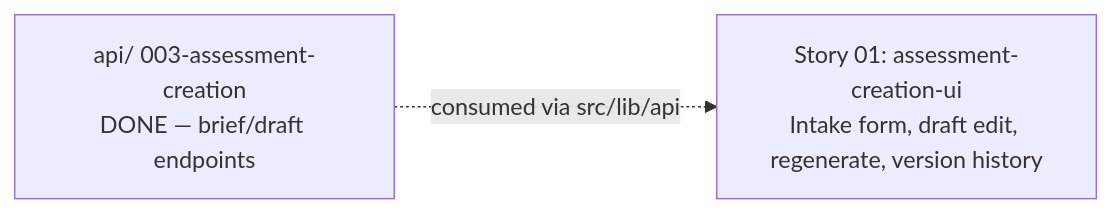
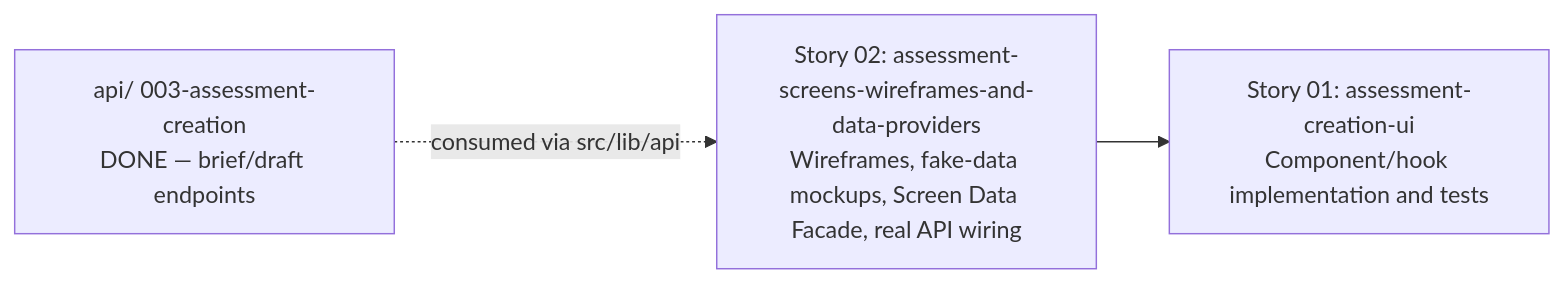
The diagram in web/.planning/active/001-assessment-creation/01-expansion.md (cmartinezs/grade-ops-ai), drawn with Mermaid before and after one commit. The commit also changed other lines of this file and 3 other files, not shown here.

First line of the commit message:
plan(web/001-assessment-creation): add story-02 for screen wireframes and data providers

````diff
--- a/web/.planning/active/001-assessment-creation/01-expansion.md
+++ b/web/.planning/active/001-assessment-creation/01-expansion.md
@@ -18,4 +19,5 @@
 ```mermaid
 flowchart LR
-    EXT[api/ 003-assessment-creation\nDONE — brief/draft endpoints] -.consumed via src/lib/api.-> S01[Story 01: assessment-creation-ui\nIntake form, draft edit, regenerate, version history]
+    EXT[api/ 003-assessment-creation\nDONE — brief/draft endpoints] -.consumed via src/lib/api.-> S02[Story 02: assessment-screens-wireframes-and-data-providers\nWireframes, fake-data mockups, Screen Data Facade, real API wiring]
+    S02 --> S01[Story 01: assessment-creation-ui\nComponent/hook implementation and tests]
 ```
````
